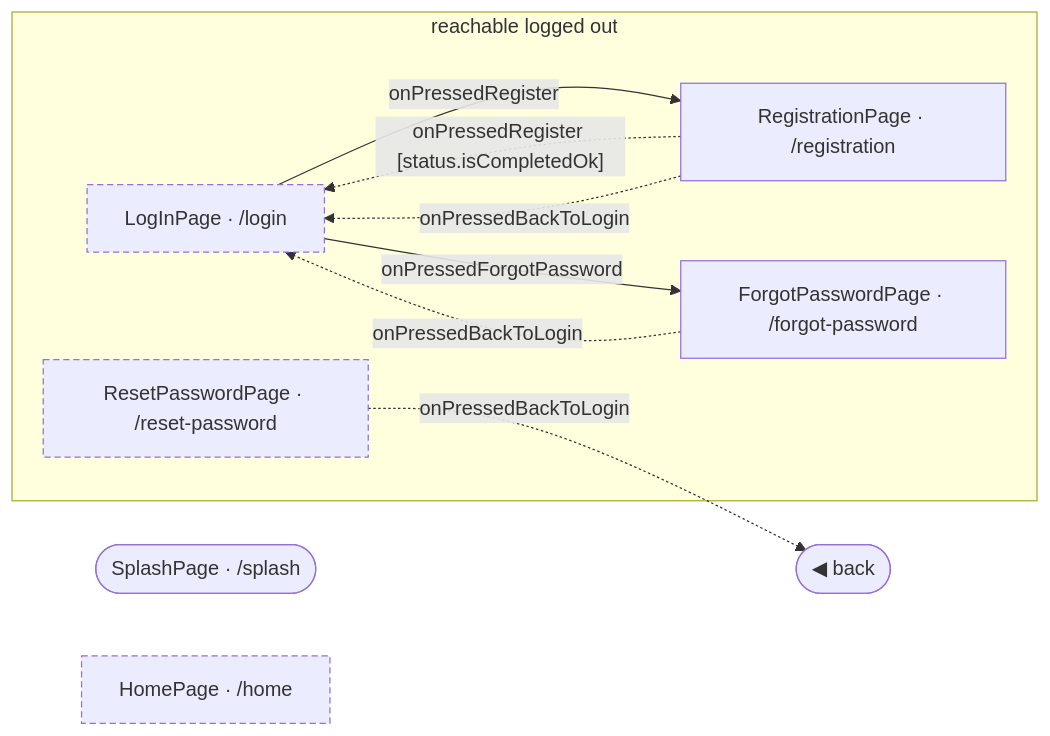
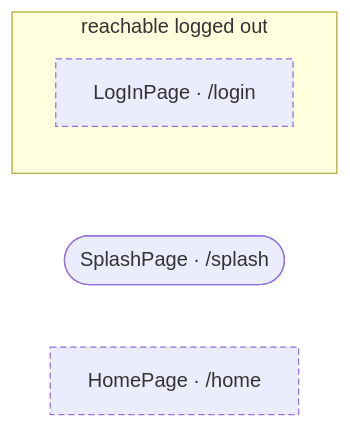
Before and after one commit to gencto/wyrm: the diagram in studio/docs/flows/README.md, drawn with Mermaid. The commit also changed other lines of this file and 59 other files, not shown here.

````diff
--- a/studio/docs/flows/README.md
+++ b/studio/docs/flows/README.md
@@ -7,22 +7,11 @@
 ```mermaid
 flowchart LR
     subgraph frxPublic["reachable logged out"]
         logIn["LogInPage · /login"]
-        registration["RegistrationPage · /registration"]
-        forgotPassword["ForgotPasswordPage · /forgot-password"]
-        resetPassword["ResetPasswordPage · /reset-password"]
     end
     splash(["SplashPage · /splash"])
     home["HomePage · /home"]
-    frxBack(["◀ back"])
-
-    logIn -->|"onPressedForgotPassword"| forgotPassword
-    logIn -->|"onPressedRegister"| registration
-    registration -.->|"onPressedRegister [status.isCompletedOk]"| logIn
-    registration -.->|"onPressedBackToLogin"| logIn
-    forgotPassword -.->|"onPressedBackToLogin"| logIn
-    resetPassword -.->|"onPressedBackToLogin"| frxBack
 
     classDef frxEntry stroke-dasharray: 5 3
-    class logIn,resetPassword,home frxEntry
+    class logIn,home frxEntry
 ```
````
